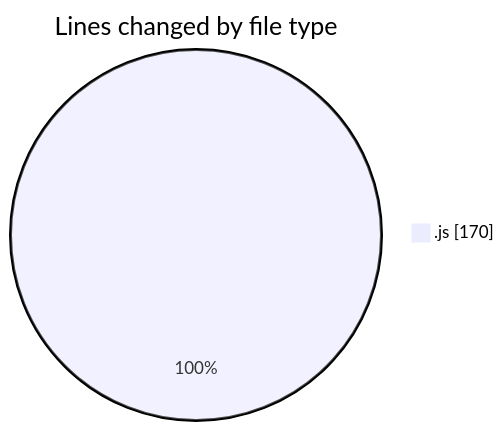
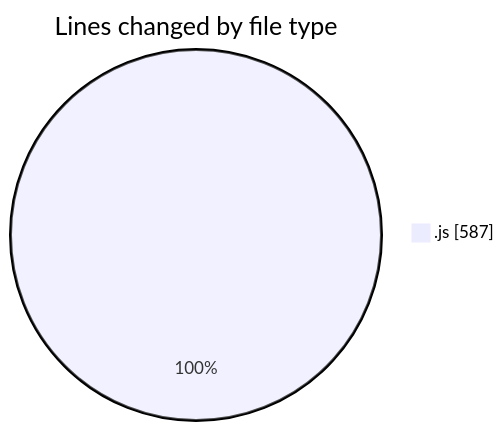
The first of 2 diagrams in 2025-08-03/javascript/README.md (Ritupan-Deka/code-tracking), drawn with Mermaid before and after one commit. The commit also changed other lines of this file and 1 other file, not shown here.

````diff
--- a/2025-08-03/javascript/README.md
+++ b/2025-08-03/javascript/README.md
@@ -20,5 +20,5 @@
 ```mermaid
 pie showData
 title Lines changed by file type
-".js" : 170
+".js" : 587
 ```
````
